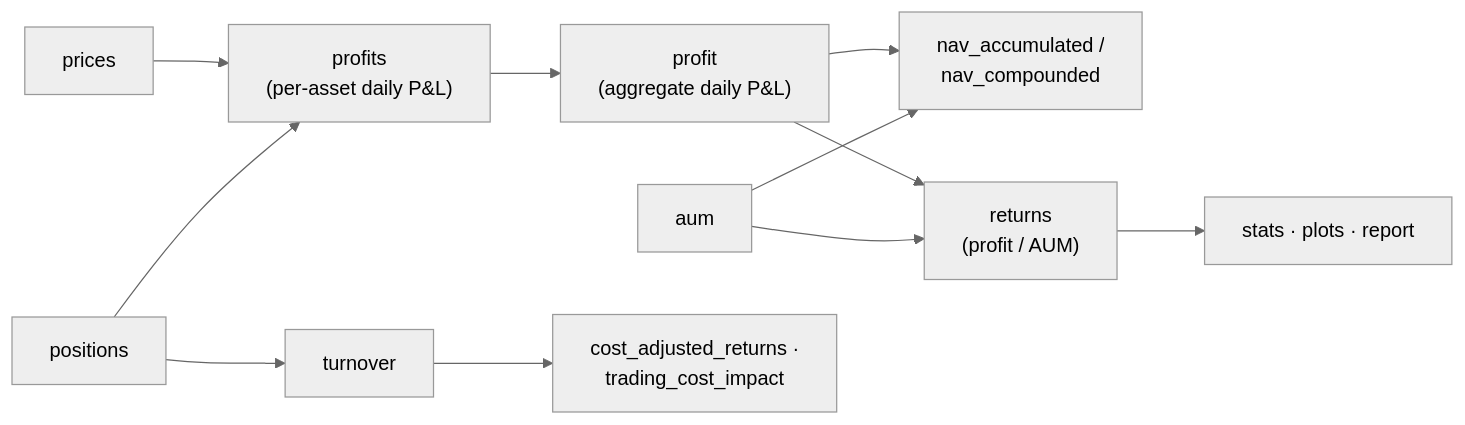
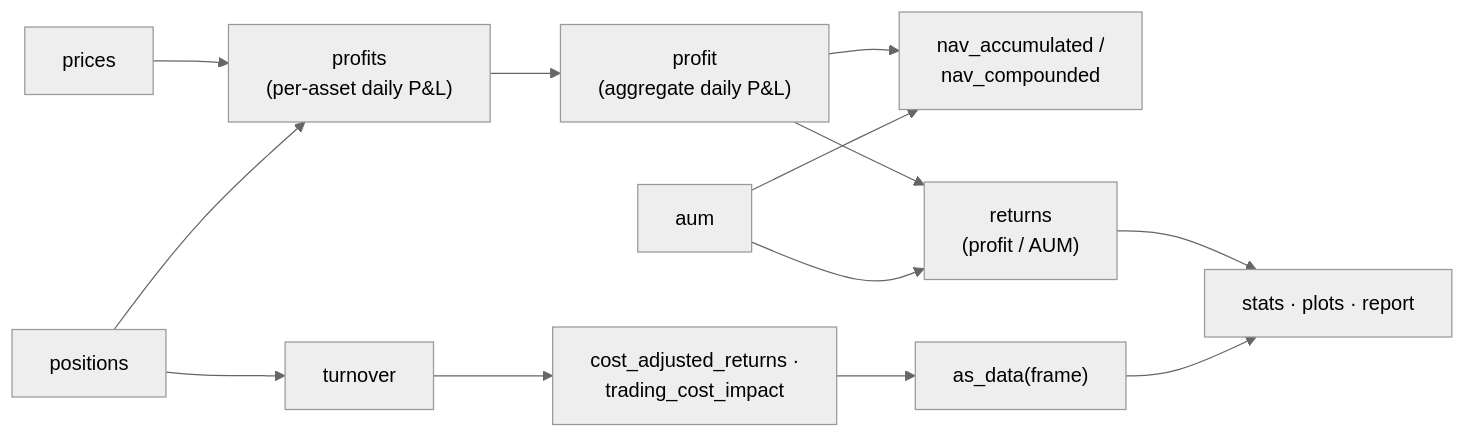
The second of 2 diagrams in docs/getting_started.md (Jebel-Quant/jquantstats), drawn with Mermaid (neutral theme) before and after one commit. The commit also changed other lines of this file and 5 other files, not shown here.

````diff
--- a/docs/getting_started.md
+++ b/docs/getting_started.md
@@ -82,12 +82,13 @@
 ```mermaid
 flowchart LR
     P[prices] --> PR["profits<br/>(per-asset daily P&amp;L)"]
     CP[positions] --> PR
     PR --> PT["profit<br/>(aggregate daily P&amp;L)"]
     PT --> NAV["nav_accumulated /<br/>nav_compounded"]
     AUM[aum] --> NAV
     PT --> RET["returns<br/>(profit / AUM)"]
     AUM --> RET
     RET --> OUT["stats · plots · report"]
     CP --> TO[turnover] --> COST["cost_adjusted_returns ·<br/>trading_cost_impact"]
+    COST --> AD["as_data(frame)"] --> OUT
 ```
````
